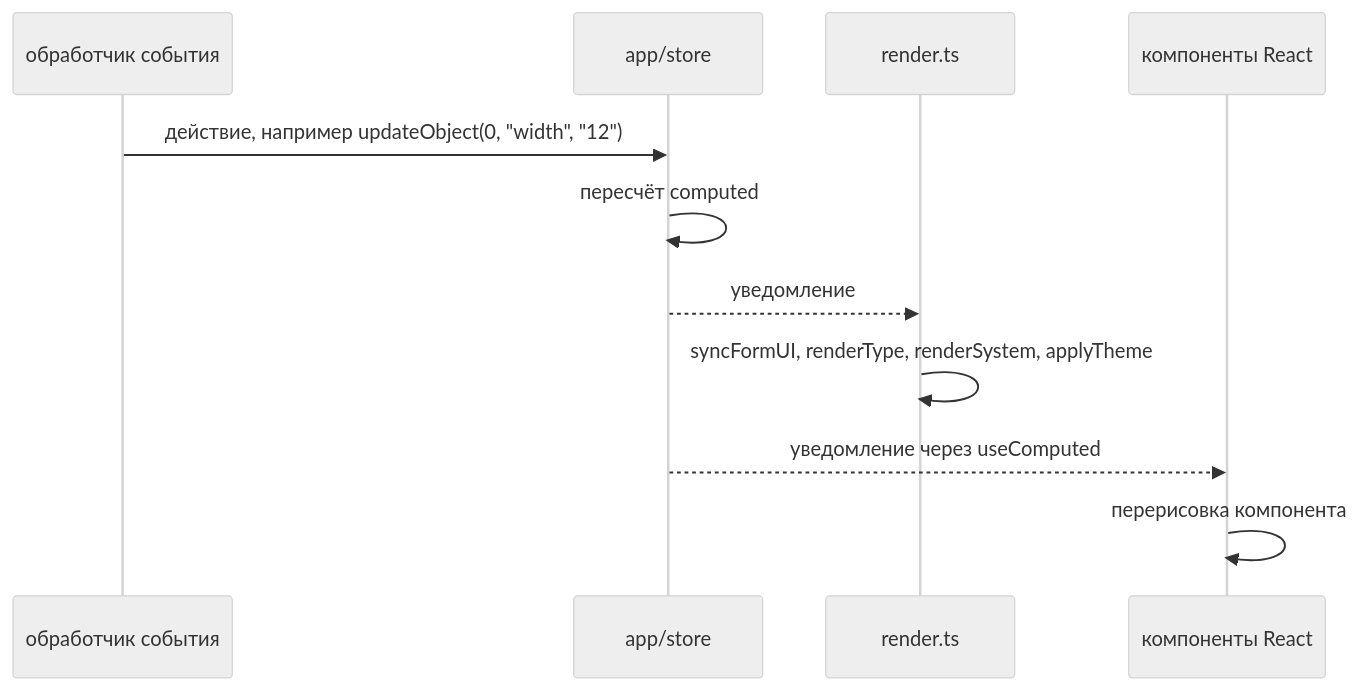
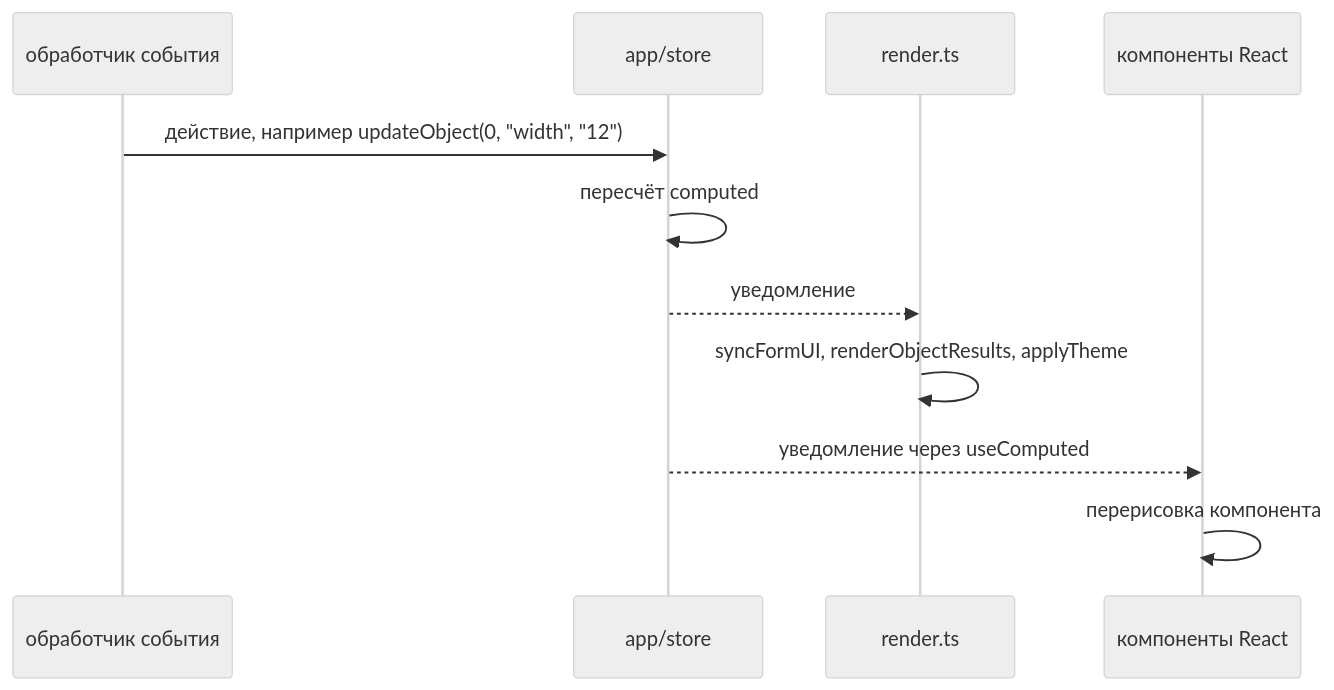
Before and after one commit to SergeyKrasnoslobodtsev/camera-calc: the second of 2 diagrams in docs/architecture/modules/ui.md, drawn with Mermaid (neutral theme). The commit also changed other lines of this file and 1 other file, not shown here.

````diff
--- a/docs/architecture/modules/ui.md
+++ b/docs/architecture/modules/ui.md
@@ -78,13 +86,13 @@
 ```mermaid
 sequenceDiagram
     participant E as обработчик события
     participant S as app/store
     participant R as render.ts
     participant C as компоненты React
     E->>S: действие, например updateObject(0, "width", "12")
     S->>S: пересчёт computed
     S-->>R: уведомление
-    R->>R: syncFormUI, renderType, renderSystem, applyTheme
+    R->>R: syncFormUI, renderObjectResults, applyTheme
     S-->>C: уведомление через useComputed
     C->>C: перерисовка компонента
 ```
````
